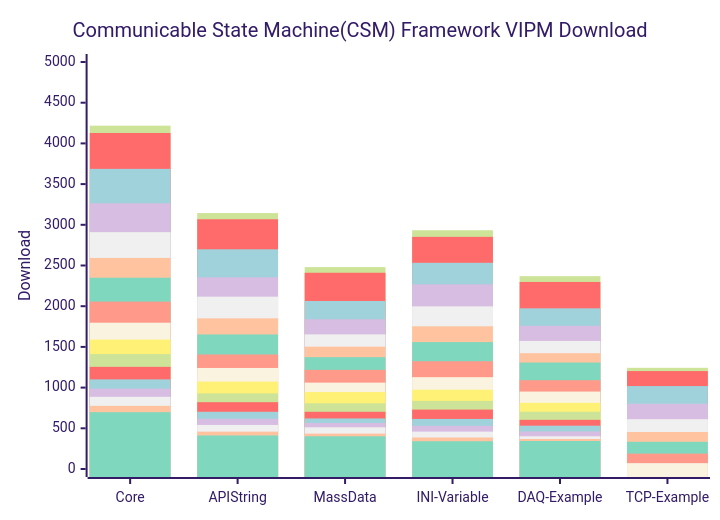
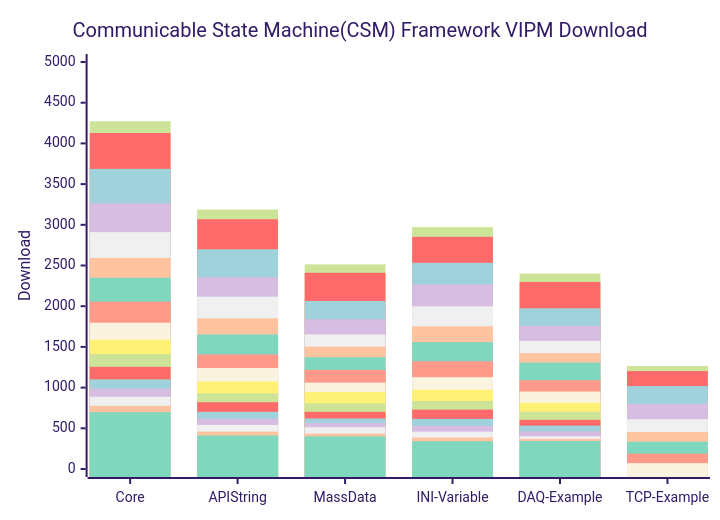
The diagram in profile/README.md (NEVSTOP-LAB/.github), drawn with Mermaid (forest theme) before and after one commit.

````diff
--- a/profile/README.md
+++ b/profile/README.md
@@ -31,23 +31,23 @@
 ```mermaid
     xychart-beta
     title "Communicable State Machine(CSM) Framework VIPM Download"
     x-axis [Core, API String, MassData, INI-Variable, DAQ-Example, TCP-Example]
     y-axis "Download" 0 --> 5000
-    bar   [4218, 3144, 2480, 2933, 2369, 1243]
+    bar   [4272, 3187, 2514, 2972, 2402, 1266]
     bar   [4128, 3068, 2411, 2852, 2298, 1203]
     bar   [3687, 2699, 2064, 2533, 1974, 1019]
     bar   [3264, 2355, 1840, 2269, 1759, 801]
     bar   [2910, 2117, 1654, 1998, 1573, 612]
     bar   [2593, 1851, 1503, 1753, 1423, 454]
     bar   [2350, 1653, 1374, 1559, 1308, 334]
     bar   [2056, 1407, 1218, 1324, 1091, 189]
     bar   [1797, 1241, 1061, 1128, 951, 72]
     bar   [1590, 1074, 945, 974, 813]
     bar   [1412, 929, 807, 837, 704]
     bar   [1255, 821, 703, 730, 604]
     bar   [1101, 703, 621, 615, 532]
     bar   [987, 617, 565, 531, 461]
     bar   [887, 541, 512, 459, 402]
     bar   [776, 459, 435, 387, 369]
     bar   [698, 412, 402, 341, 344]
 ```
````
